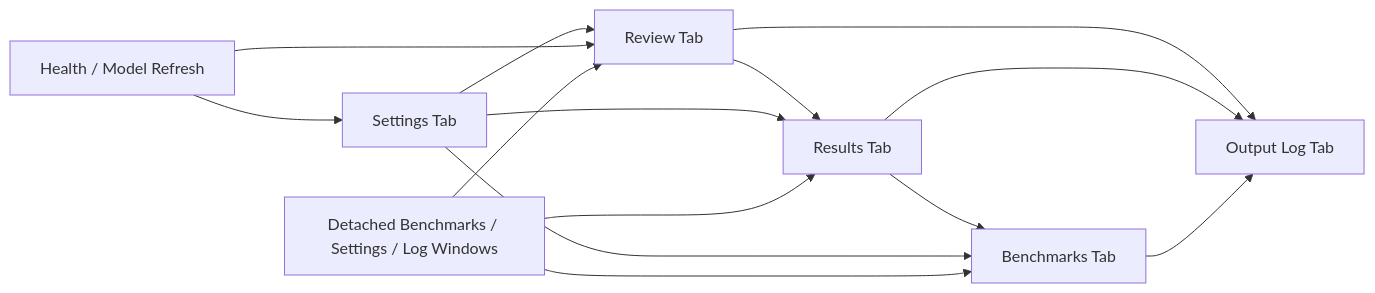
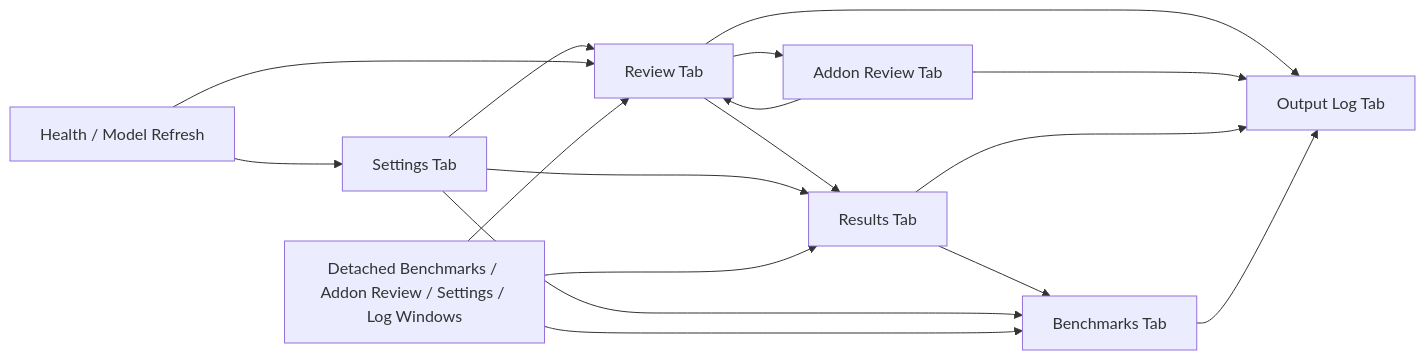
The second of 2 diagrams in docs/gui.md (gallaway-jp/AICodeReviewer), drawn with Mermaid before and after one commit. The commit also changed other lines of this file and 13 other files, not shown here.

````diff
--- a/docs/gui.md
+++ b/docs/gui.md
@@ -191,16 +210,19 @@
 ```mermaid
 flowchart LR
 	ReviewTab[Review Tab] --> ResultsTab[Results Tab]
 	ResultsTab --> BenchmarksTab[Benchmarks Tab]
+	ReviewTab --> AddonReviewTab[Addon Review Tab]
 	ReviewTab --> LogTab[Output Log Tab]
 	SettingsTab[Settings Tab] --> ReviewTab
 	SettingsTab --> ResultsTab
 	SettingsTab --> BenchmarksTab
+	AddonReviewTab --> ReviewTab
+	AddonReviewTab --> LogTab
 	HealthChecks[Health / Model Refresh] --> ReviewTab
 	HealthChecks --> SettingsTab
 	ResultsTab --> LogTab
 	BenchmarksTab --> LogTab
-	DetachedPages[Detached Benchmarks / Settings / Log Windows] --> ReviewTab
+	DetachedPages[Detached Benchmarks / Addon Review / Settings / Log Windows] --> ReviewTab
 	DetachedPages --> ResultsTab
 	DetachedPages --> BenchmarksTab
 ```
````
